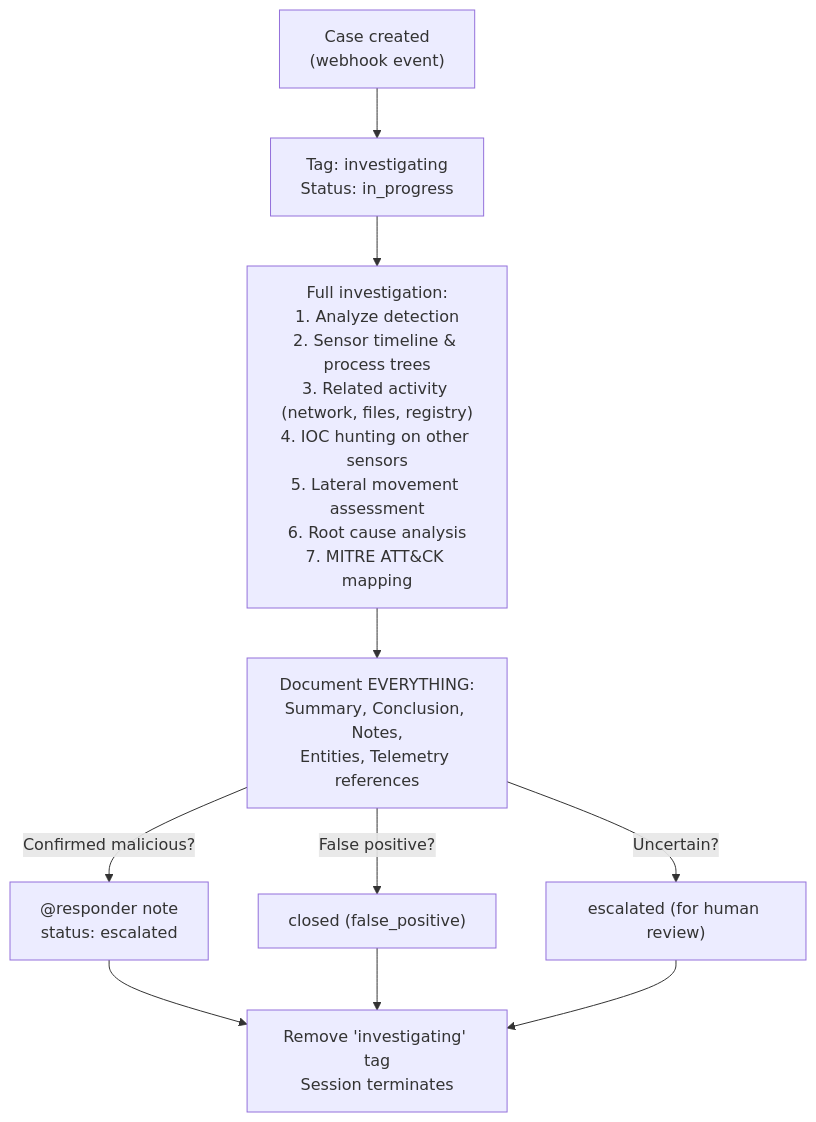
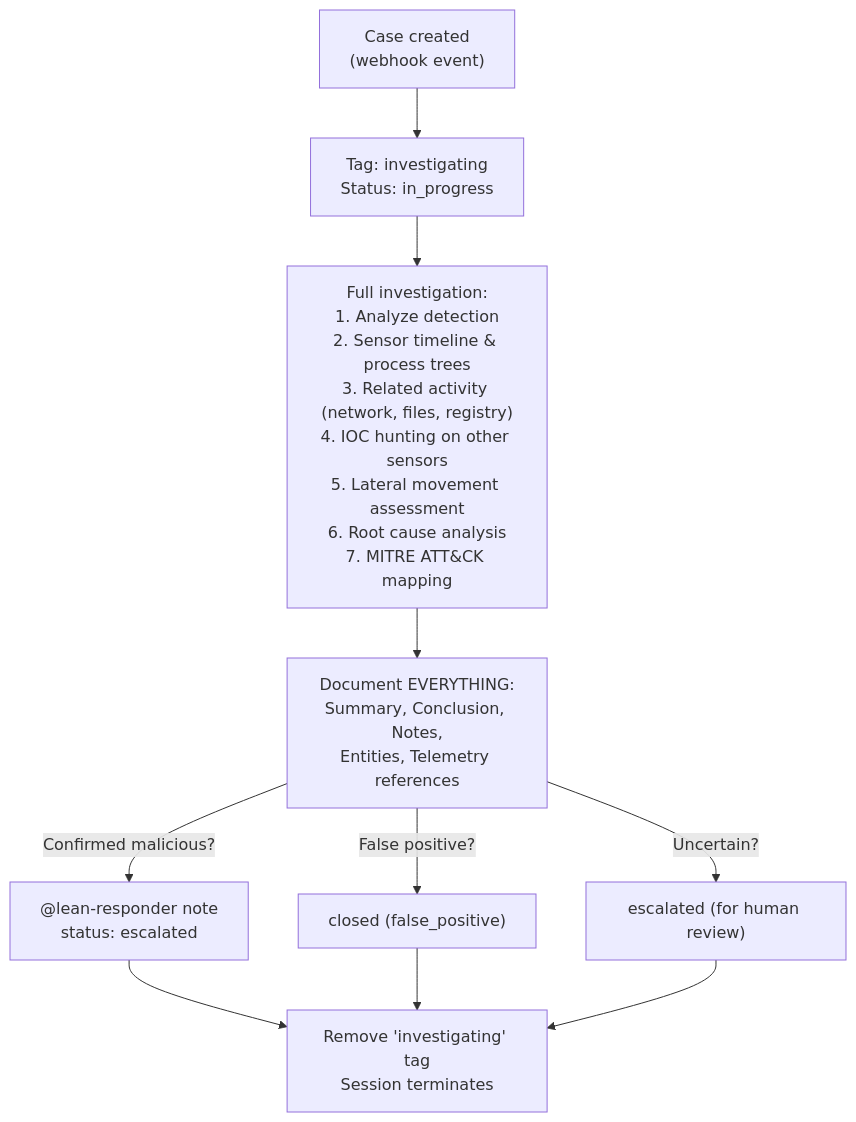
The diagram in lc-soc/lean-soc/investigator/README.md (refractionPOINT/lc-ai), drawn with Mermaid before and after one commit. The commit also changed 15 other files, not shown here.

````diff
--- a/lc-soc/lean-soc/investigator/README.md
+++ b/lc-soc/lean-soc/investigator/README.md
@@ -7,12 +7,12 @@
 ```mermaid
 flowchart TD
     trigger["Case created<br/>(webhook event)"] --> tag["Tag: investigating<br/>Status: in_progress"]
     tag --> investigation["Full investigation:<br/>1. Analyze detection<br/>2. Sensor timeline & process trees<br/>3. Related activity (network, files, registry)<br/>4. IOC hunting on other sensors<br/>5. Lateral movement assessment<br/>6. Root cause analysis<br/>7. MITRE ATT&CK mapping"]
     investigation --> doc["Document EVERYTHING:<br/>Summary, Conclusion, Notes,<br/>Entities, Telemetry references"]
-    doc -->|Confirmed malicious?| contain["@responder note<br/>status: escalated"]
+    doc -->|Confirmed malicious?| contain["@lean-responder note<br/>status: escalated"]
     doc -->|False positive?| closed["closed (false_positive)"]
     doc -->|Uncertain?| escalated["escalated (for human review)"]
     contain --> cleanup["Remove 'investigating' tag<br/>Session terminates"]
     closed --> cleanup
     escalated --> cleanup
 ```
````
